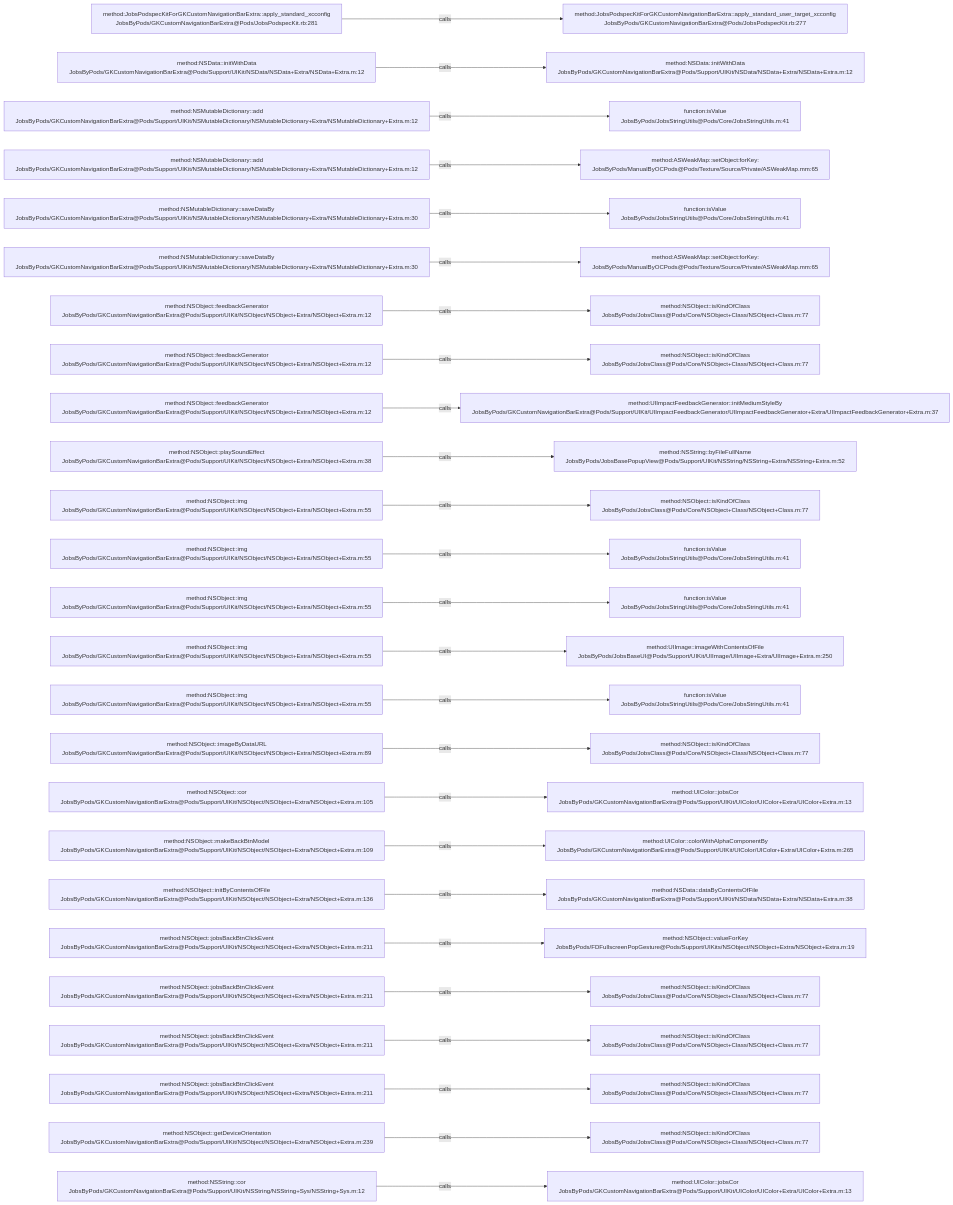
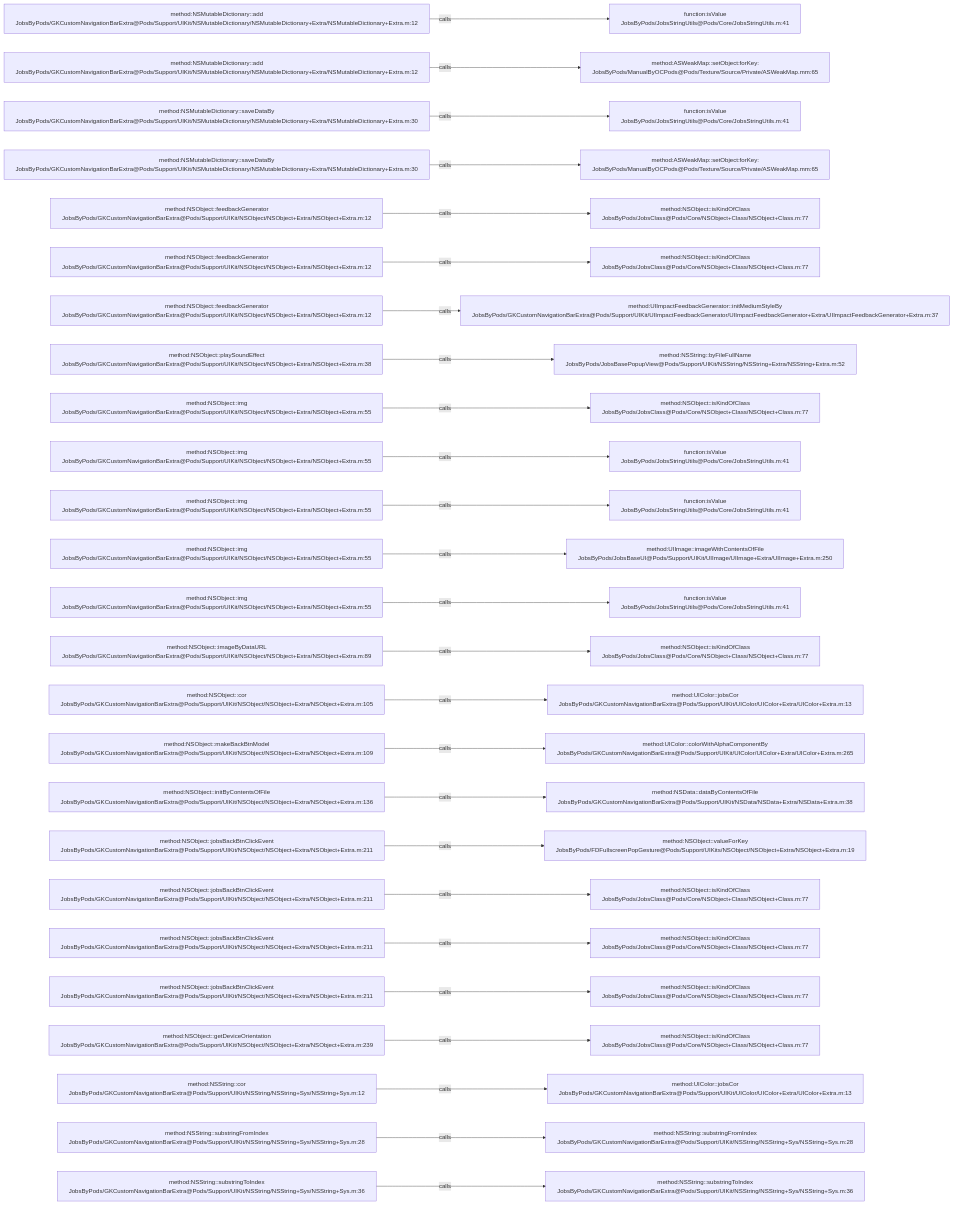
The diagram in .codegraph/codegraph.md/graphs/calls-004.md (JobsKits/JobsOCBaseConfigDemo), drawn with Mermaid before and after one commit. The commit also changed 639 other files, not shown here.

````diff
--- a/.codegraph/codegraph.md/graphs/calls-004.md
+++ b/.codegraph/codegraph.md/graphs/calls-004.md
@@ -13,78 +13,78 @@
 ```mermaid
 flowchart LR
-  S1["method:JobsPodspecKitForGKCustomNavigationBarExtra::apply_standard_xcconfig<br/>JobsByPods/GKCustomNavigationBarExtra@Pods/JobsPodspecKit.rb:281"]
-  T1["method:JobsPodspecKitForGKCustomNavigationBarExtra::apply_standard_user_target_xcconfig<br/>JobsByPods/GKCustomNavigationBarExtra@Pods/JobsPodspecKit.rb:277"]
+  S1["method:NSMutableDictionary::add<br/>JobsByPods/GKCustomNavigationBarExtra@Pods/Support/UIKit/NSMutableDictionary/NSMutableDictionary+Extra/NSMutableDictionary+Extra.m:12"]
+  T1["function:isValue<br/>JobsByPods/JobsStringUtils@Pods/Core/JobsStringUtils.m:41"]
   S1 -->|calls| T1
-  S2["method:NSData::initWithData<br/>JobsByPods/GKCustomNavigationBarExtra@Pods/Support/UIKit/NSData/NSData+Extra/NSData+Extra.m:12"]
-  T2["method:NSData::initWithData<br/>JobsByPods/GKCustomNavigationBarExtra@Pods/Support/UIKit/NSData/NSData+Extra/NSData+Extra.m:12"]
+  S2["method:NSMutableDictionary::add<br/>JobsByPods/GKCustomNavigationBarExtra@Pods/Support/UIKit/NSMutableDictionary/NSMutableDictionary+Extra/NSMutableDictionary+Extra.m:12"]
+  T2["method:ASWeakMap::setObject:forKey:<br/>JobsByPods/ManualByOCPods@Pods/Texture/Source/Private/ASWeakMap.mm:65"]
   S2 -->|calls| T2
-  S3["method:NSMutableDictionary::add<br/>JobsByPods/GKCustomNavigationBarExtra@Pods/Support/UIKit/NSMutableDictionary/NSMutableDictionary+Extra/NSMutableDictionary+Extra.m:12"]
+  S3["method:NSMutableDictionary::saveDataBy<br/>JobsByPods/GKCustomNavigationBarExtra@Pods/Support/UIKit/NSMutableDictionary/NSMutableDictionary+Extra/NSMutableDictionary+Extra.m:30"]
   T3["function:isValue<br/>JobsByPods/JobsStringUtils@Pods/Core/JobsStringUtils.m:41"]
   S3 -->|calls| T3
-  S4["method:NSMutableDictionary::add<br/>JobsByPods/GKCustomNavigationBarExtra@Pods/Support/UIKit/NSMutableDictionary/NSMutableDictionary+Extra/NSMutableDictionary+Extra.m:12"]
+  S4["method:NSMutableDictionary::saveDataBy<br/>JobsByPods/GKCustomNavigationBarExtra@Pods/Support/UIKit/NSMutableDictionary/NSMutableDictionary+Extra/NSMutableDictionary+Extra.m:30"]
   T4["method:ASWeakMap::setObject:forKey:<br/>JobsByPods/ManualByOCPods@Pods/Texture/Source/Private/ASWeakMap.mm:65"]
   S4 -->|calls| T4
-  S5["method:NSMutableDictionary::saveDataBy<br/>JobsByPods/GKCustomNavigationBarExtra@Pods/Support/UIKit/NSMutableDictionary/NSMutableDictionary+Extra/NSMutableDictionary+Extra.m:30"]
-  T5["function:isValue<br/>JobsByPods/JobsStringUtils@Pods/Core/JobsStringUtils.m:41"]
+  S5["method:NSObject::feedbackGenerator<br/>JobsByPods/GKCustomNavigationBarExtra@Pods/Support/UIKit/NSObject/NSObject+Extra/NSObject+Extra.m:12"]
+  T5["method:NSObject::isKindOfClass<br/>JobsByPods/JobsClass@Pods/Core/NSObject+Class/NSObject+Class.m:77"]
   S5 -->|calls| T5
-  S6["method:NSMutableDictionary::saveDataBy<br/>JobsByPods/GKCustomNavigationBarExtra@Pods/Support/UIKit/NSMutableDictionary/NSMutableDictionary+Extra/NSMutableDictionary+Extra.m:30"]
-  T6["method:ASWeakMap::setObject:forKey:<br/>JobsByPods/ManualByOCPods@Pods/Texture/Source/Private/ASWeakMap.mm:65"]
+  S6["method:NSObject::feedbackGenerator<br/>JobsByPods/GKCustomNavigationBarExtra@Pods/Support/UIKit/NSObject/NSObject+Extra/NSObject+Extra.m:12"]
+  T6["method:NSObject::isKindOfClass<br/>JobsByPods/JobsClass@Pods/Core/NSObject+Class/NSObject+Class.m:77"]
   S6 -->|calls| T6
   S7["method:NSObject::feedbackGenerator<br/>JobsByPods/GKCustomNavigationBarExtra@Pods/Support/UIKit/NSObject/NSObject+Extra/NSObject+Extra.m:12"]
-  T7["method:NSObject::isKindOfClass<br/>JobsByPods/JobsClass@Pods/Core/NSObject+Class/NSObject+Class.m:77"]
+  T7["method:UIImpactFeedbackGenerator::initMediumStyleBy<br/>JobsByPods/GKCustomNavigationBarExtra@Pods/Support/UIKit/UIImpactFeedbackGenerator/UIImpactFeedbackGenerator+Extra/UIImpactFeedbackGenerator+Extra.m:37"]
   S7 -->|calls| T7
-  S8["method:NSObject::feedbackGenerator<br/>JobsByPods/GKCustomNavigationBarExtra@Pods/Support/UIKit/NSObject/NSObject+Extra/NSObject+Extra.m:12"]
-  T8["method:NSObject::isKindOfClass<br/>JobsByPods/JobsClass@Pods/Core/NSObject+Class/NSObject+Class.m:77"]
+  S8["method:NSObject::playSoundEffect<br/>JobsByPods/GKCustomNavigationBarExtra@Pods/Support/UIKit/NSObject/NSObject+Extra/NSObject+Extra.m:38"]
+  T8["method:NSString::byFileFullName<br/>JobsByPods/JobsBasePopupView@Pods/Support/UIKit/NSString/NSString+Extra/NSString+Extra.m:52"]
   S8 -->|calls| T8
-  S9["method:NSObject::feedbackGenerator<br/>JobsByPods/GKCustomNavigationBarExtra@Pods/Support/UIKit/NSObject/NSObject+Extra/NSObject+Extra.m:12"]
-  T9["method:UIImpactFeedbackGenerator::initMediumStyleBy<br/>JobsByPods/GKCustomNavigationBarExtra@Pods/Support/UIKit/UIImpactFeedbackGenerator/UIImpactFeedbackGenerator+Extra/UIImpactFeedbackGenerator+Extra.m:37"]
+  S9["method:NSObject::img<br/>JobsByPods/GKCustomNavigationBarExtra@Pods/Support/UIKit/NSObject/NSObject+Extra/NSObject+Extra.m:55"]
+  T9["method:NSObject::isKindOfClass<br/>JobsByPods/JobsClass@Pods/Core/NSObject+Class/NSObject+Class.m:77"]
   S9 -->|calls| T9
-  S10["method:NSObject::playSoundEffect<br/>JobsByPods/GKCustomNavigationBarExtra@Pods/Support/UIKit/NSObject/NSObject+Extra/NSObject+Extra.m:38"]
-  T10["method:NSString::byFileFullName<br/>JobsByPods/JobsBasePopupView@Pods/Support/UIKit/NSString/NSString+Extra/NSString+Extra.m:52"]
+  S10["method:NSObject::img<br/>JobsByPods/GKCustomNavigationBarExtra@Pods/Support/UIKit/NSObject/NSObject+Extra/NSObject+Extra.m:55"]
+  T10["function:isValue<br/>JobsByPods/JobsStringUtils@Pods/Core/JobsStringUtils.m:41"]
   S10 -->|calls| T10
   S11["method:NSObject::img<br/>JobsByPods/GKCustomNavigationBarExtra@Pods/Support/UIKit/NSObject/NSObject+Extra/NSObject+Extra.m:55"]
-  T11["method:NSObject::isKindOfClass<br/>JobsByPods/JobsClass@Pods/Core/NSObject+Class/NSObject+Class.m:77"]
+  T11["function:isValue<br/>JobsByPods/JobsStringUtils@Pods/Core/JobsStringUtils.m:41"]
   S11 -->|calls| T11
   S12["method:NSObject::img<br/>JobsByPods/GKCustomNavigationBarExtra@Pods/Support/UIKit/NSObject/NSObject+Extra/NSObject+Extra.m:55"]
-  T12["function:isValue<br/>JobsByPods/JobsStringUtils@Pods/Core/JobsStringUtils.m:41"]
+  T12["method:UIImage::imageWithContentsOfFile<br/>JobsByPods/JobsBaseUI@Pods/Support/UIKit/UIImage/UIImage+Extra/UIImage+Extra.m:250"]
   S12 -->|calls| T12
   S13["method:NSObject::img<br/>JobsByPods/GKCustomNavigationBarExtra@Pods/Support/UIKit/NSObject/NSObject+Extra/NSObject+Extra.m:55"]
   T13["function:isValue<br/>JobsByPods/JobsStringUtils@Pods/Core/JobsStringUtils.m:41"]
   S13 -->|calls| T13
-  S14["method:NSObject::img<br/>JobsByPods/GKCustomNavigationBarExtra@Pods/Support/UIKit/NSObject/NSObject+Extra/NSObject+Extra.m:55"]
-  T14["method:UIImage::imageWithContentsOfFile<br/>JobsByPods/JobsBaseUI@Pods/Support/UIKit/UIImage/UIImage+Extra/UIImage+Extra.m:250"]
+  S14["method:NSObject::imageByDataURL<br/>JobsByPods/GKCustomNavigationBarExtra@Pods/Support/UIKit/NSObject/NSObject+Extra/NSObject+Extra.m:89"]
+  T14["method:NSObject::isKindOfClass<br/>JobsByPods/JobsClass@Pods/Core/NSObject+Class/NSObject+Class.m:77"]
   S14 -->|calls| T14
-  S15["method:NSObject::img<br/>JobsByPods/GKCustomNavigationBarExtra@Pods/Support/UIKit/NSObject/NSObject+Extra/NSObject+Extra.m:55"]
-  T15["function:isValue<br/>JobsByPods/JobsStringUtils@Pods/Core/JobsStringUtils.m:41"]
+  S15["method:NSObject::cor<br/>JobsByPods/GKCustomNavigationBarExtra@Pods/Support/UIKit/NSObject/NSObject+Extra/NSObject+Extra.m:105"]
+  T15["method:UIColor::jobsCor<br/>JobsByPods/GKCustomNavigationBarExtra@Pods/Support/UIKit/UIColor/UIColor+Extra/UIColor+Extra.m:13"]
   S15 -->|calls| T15
-  S16["method:NSObject::imageByDataURL<br/>JobsByPods/GKCustomNavigationBarExtra@Pods/Support/UIKit/NSObject/NSObject+Extra/NSObject+Extra.m:89"]
-  T16["method:NSObject::isKindOfClass<br/>JobsByPods/JobsClass@Pods/Core/NSObject+Class/NSObject+Class.m:77"]
+  S16["method:NSObject::makeBackBtnModel<br/>JobsByPods/GKCustomNavigationBarExtra@Pods/Support/UIKit/NSObject/NSObject+Extra/NSObject+Extra.m:109"]
+  T16["method:UIColor::colorWithAlphaComponentBy<br/>JobsByPods/GKCustomNavigationBarExtra@Pods/Support/UIKit/UIColor/UIColor+Extra/UIColor+Extra.m:265"]
   S16 -->|calls| T16
-  S17["method:NSObject::cor<br/>JobsByPods/GKCustomNavigationBarExtra@Pods/Support/UIKit/NSObject/NSObject+Extra/NSObject+Extra.m:105"]
-  T17["method:UIColor::jobsCor<br/>JobsByPods/GKCustomNavigationBarExtra@Pods/Support/UIKit/UIColor/UIColor+Extra/UIColor+Extra.m:13"]
+  S17["method:NSObject::initByContentsOfFile<br/>JobsByPods/GKCustomNavigationBarExtra@Pods/Support/UIKit/NSObject/NSObject+Extra/NSObject+Extra.m:136"]
+  T17["method:NSData::dataByContentsOfFile<br/>JobsByPods/GKCustomNavigationBarExtra@Pods/Support/UIKit/NSData/NSData+Extra/NSData+Extra.m:38"]
   S17 -->|calls| T17
-  S18["method:NSObject::makeBackBtnModel<br/>JobsByPods/GKCustomNavigationBarExtra@Pods/Support/UIKit/NSObject/NSObject+Extra/NSObject+Extra.m:109"]
-  T18["method:UIColor::colorWithAlphaComponentBy<br/>JobsByPods/GKCustomNavigationBarExtra@Pods/Support/UIKit/UIColor/UIColor+Extra/UIColor+Extra.m:265"]
+  S18["method:NSObject::jobsBackBtnClickEvent<br/>JobsByPods/GKCustomNavigationBarExtra@Pods/Support/UIKit/NSObject/NSObject+Extra/NSObject+Extra.m:211"]
+  T18["method:NSObject::valueForKey<br/>JobsByPods/FDFullscreenPopGesture@Pods/Support/UIKits/NSObject/NSObject+Extra/NSObject+Extra.m:19"]
   S18 -->|calls| T18
-  S19["method:NSObject::initByContentsOfFile<br/>JobsByPods/GKCustomNavigationBarExtra@Pods/Support/UIKit/NSObject/NSObject+Extra/NSObject+Extra.m:136"]
-  T19["method:NSData::dataByContentsOfFile<br/>JobsByPods/GKCustomNavigationBarExtra@Pods/Support/UIKit/NSData/NSData+Extra/NSData+Extra.m:38"]
+  S19["method:NSObject::jobsBackBtnClickEvent<br/>JobsByPods/GKCustomNavigationBarExtra@Pods/Support/UIKit/NSObject/NSObject+Extra/NSObject+Extra.m:211"]
+  T19["method:NSObject::isKindOfClass<br/>JobsByPods/JobsClass@Pods/Core/NSObject+Class/NSObject+Class.m:77"]
   S19 -->|calls| T19
   S20["method:NSObject::jobsBackBtnClickEvent<br/>JobsByPods/GKCustomNavigationBarExtra@Pods/Support/UIKit/NSObject/NSObject+Extra/NSObject+Extra.m:211"]
-  T20["method:NSObject::valueForKey<br/>JobsByPods/FDFullscreenPopGesture@Pods/Support/UIKits/NSObject/NSObject+Extra/NSObject+Extra.m:19"]
+  T20["method:NSObject::isKindOfClass<br/>JobsByPods/JobsClass@Pods/Core/NSObject+Class/NSObject+Class.m:77"]
   S20 -->|calls| T20
   S21["method:NSObject::jobsBackBtnClickEvent<br/>JobsByPods/GKCustomNavigationBarExtra@Pods/Support/UIKit/NSObject/NSObject+Extra/NSObject+Extra.m:211"]
   T21["method:NSObject::isKindOfClass<br/>JobsByPods/JobsClass@Pods/Core/NSObject+Class/NSObject+Class.m:77"]
   S21 -->|calls| T21
-  S22["method:NSObject::jobsBackBtnClickEvent<br/>JobsByPods/GKCustomNavigationBarExtra@Pods/Support/UIKit/NSObject/NSObject+Extra/NSObject+Extra.m:211"]
+  S22["method:NSObject::getDeviceOrientation<br/>JobsByPods/GKCustomNavigationBarExtra@Pods/Support/UIKit/NSObject/NSObject+Extra/NSObject+Extra.m:239"]
   T22["method:NSObject::isKindOfClass<br/>JobsByPods/JobsClass@Pods/Core/NSObject+Class/NSObject+Class.m:77"]
   S22 -->|calls| T22
-  S23["method:NSObject::jobsBackBtnClickEvent<br/>JobsByPods/GKCustomNavigationBarExtra@Pods/Support/UIKit/NSObject/NSObject+Extra/NSObject+Extra.m:211"]
-  T23["method:NSObject::isKindOfClass<br/>JobsByPods/JobsClass@Pods/Core/NSObject+Class/NSObject+Class.m:77"]
+  S23["method:NSString::cor<br/>JobsByPods/GKCustomNavigationBarExtra@Pods/Support/UIKit/NSString/NSString+Sys/NSString+Sys.m:12"]
+  T23["method:UIColor::jobsCor<br/>JobsByPods/GKCustomNavigationBarExtra@Pods/Support/UIKit/UIColor/UIColor+Extra/UIColor+Extra.m:13"]
   S23 -->|calls| T23
-  S24["method:NSObject::getDeviceOrientation<br/>JobsByPods/GKCustomNavigationBarExtra@Pods/Support/UIKit/NSObject/NSObject+Extra/NSObject+Extra.m:239"]
-  T24["method:NSObject::isKindOfClass<br/>JobsByPods/JobsClass@Pods/Core/NSObject+Class/NSObject+Class.m:77"]
+  S24["method:NSString::substringFromIndex<br/>JobsByPods/GKCustomNavigationBarExtra@Pods/Support/UIKit/NSString/NSString+Sys/NSString+Sys.m:28"]
+  T24["method:NSString::substringFromIndex<br/>JobsByPods/GKCustomNavigationBarExtra@Pods/Support/UIKit/NSString/NSString+Sys/NSString+Sys.m:28"]
   S24 -->|calls| T24
-  S25["method:NSString::cor<br/>JobsByPods/GKCustomNavigationBarExtra@Pods/Support/UIKit/NSString/NSString+Sys/NSString+Sys.m:12"]
-  T25["method:UIColor::jobsCor<br/>JobsByPods/GKCustomNavigationBarExtra@Pods/Support/UIKit/UIColor/UIColor+Extra/UIColor+Extra.m:13"]
+  S25["method:NSString::substringToIndex<br/>JobsByPods/GKCustomNavigationBarExtra@Pods/Support/UIKit/NSString/NSString+Sys/NSString+Sys.m:36"]
+  T25["method:NSString::substringToIndex<br/>JobsByPods/GKCustomNavigationBarExtra@Pods/Support/UIKit/NSString/NSString+Sys/NSString+Sys.m:36"]
   S25 -->|calls| T25
 ```
````
